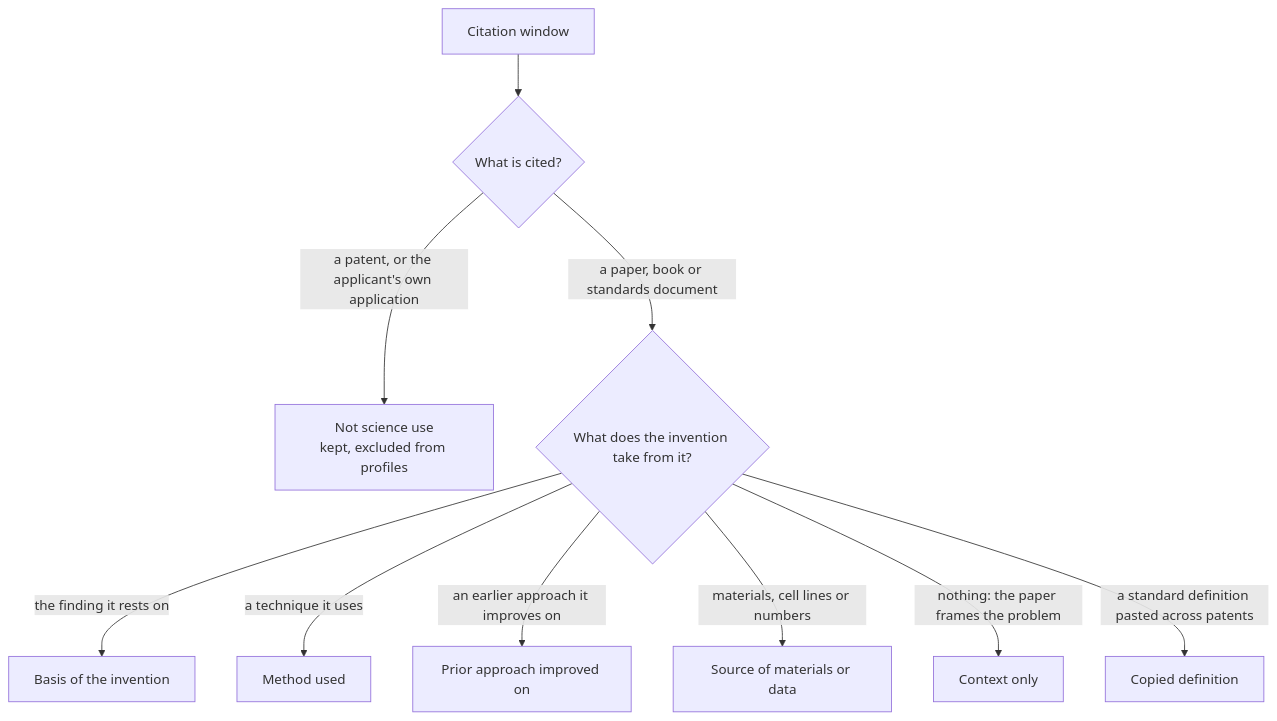
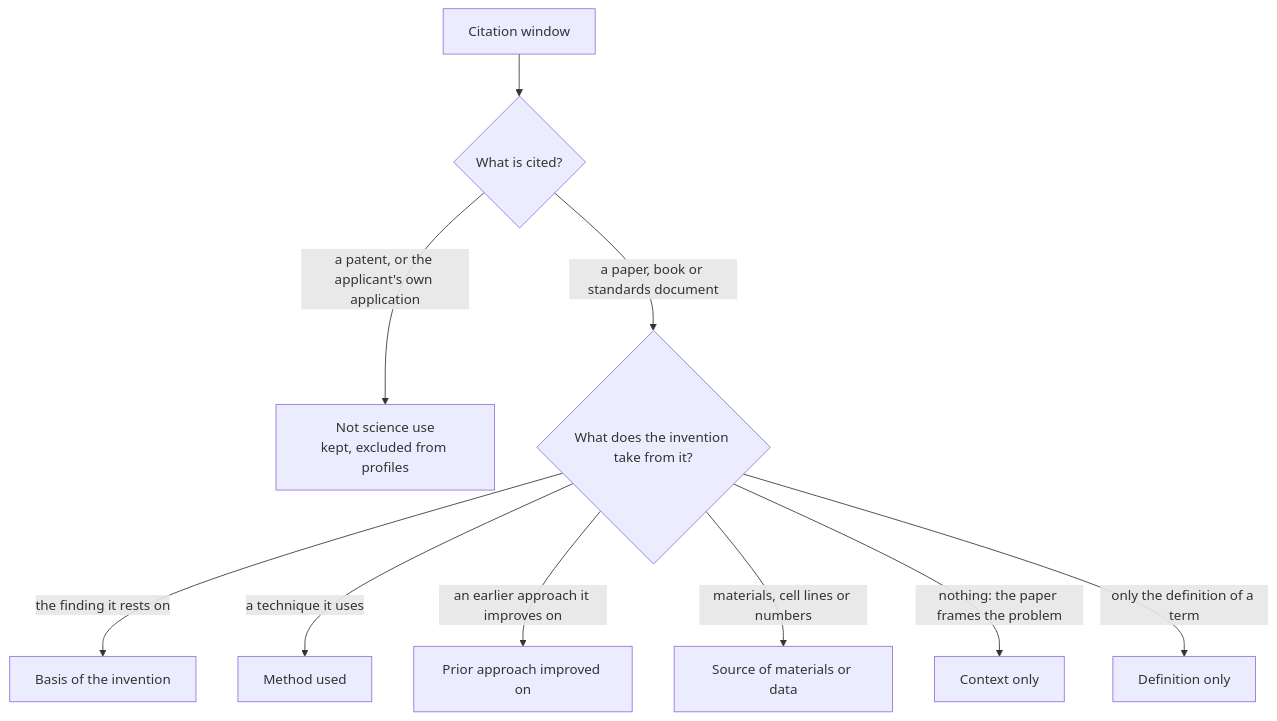
Before and after one commit to hansen-innovation/science-in-invention: the second of 2 diagrams in README.md, drawn with Mermaid. The commit also changed other lines of this file and 8 other files, not shown here.

Commit message:
Restyle the five figures (validated muted palette, one horizontal template); rename Definition only and Reference list entry; decision rules in docs/labels.md

````diff
--- a/README.md
+++ b/README.md
@@ -28,12 +28,12 @@
 ```mermaid
 flowchart TD
     W["Citation window"] --> T{"What is cited?"}
     T -->|"a patent, or the applicant's own application"| X["Not science use<br/>kept, excluded from profiles"]
     T -->|"a paper, book or standards document"| F{"What does the invention take from it?"}
     F -->|"the finding it rests on"| A["Basis of the invention"]
     F -->|"a technique it uses"| B["Method used"]
     F -->|"an earlier approach it improves on"| C["Prior approach improved on"]
     F -->|"materials, cell lines or numbers"| D["Source of materials or data"]
     F -->|"nothing: the paper frames the problem"| E["Context only"]
-    F -->|"a standard definition pasted across patents"| G["Copied definition"]
+    F -->|"only the definition of a term"| G["Definition only"]
 ```
````
